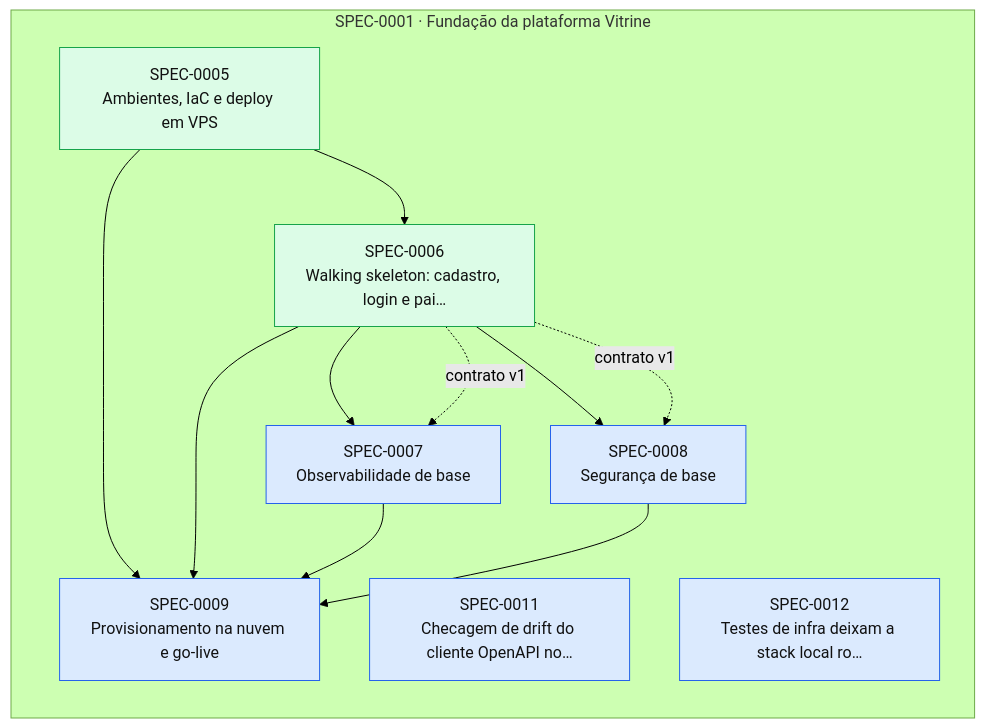
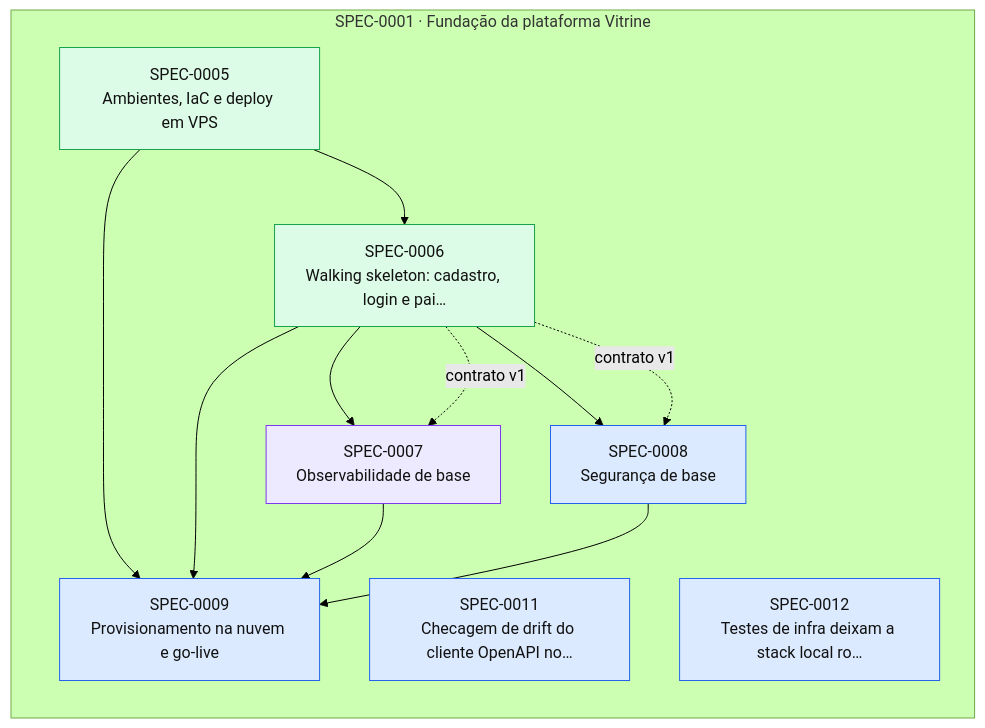
The diagram in docs/specs/INDEX.md (thomasravache/vitrine), drawn with Mermaid (forest theme) before and after one commit. The commit also changed other lines of this file and 2 other files, not shown here.

First line of the commit message:
docs(specs): emenda v1.1 da SPEC-0007 alinha escopo e versões; ADR-0009 com bibliotecas

````diff
--- a/docs/specs/INDEX.md
+++ b/docs/specs/INDEX.md
@@ -60,26 +60,26 @@
 ```mermaid
 flowchart LR
   subgraph E0001["SPEC-0001 · Fundação da plataforma Vitrine"]
     S0005["SPEC-0005<br/>Ambientes, IaC e deploy em VPS"]:::implemented
     S0006["SPEC-0006<br/>Walking skeleton: cadastro, login e pai…"]:::implemented
-    S0007["SPEC-0007<br/>Observabilidade de base"]:::approved
+    S0007["SPEC-0007<br/>Observabilidade de base"]:::inprogress
     S0008["SPEC-0008<br/>Segurança de base"]:::approved
     S0009["SPEC-0009<br/>Provisionamento na nuvem e go-live"]:::approved
     S0011["SPEC-0011<br/>Checagem de drift do cliente OpenAPI no…"]:::approved
     S0012["SPEC-0012<br/>Testes de infra deixam a stack local ro…"]:::approved
   end
   S0005 --> S0006
   S0006 --> S0007
   S0006 -. contrato v1 .-> S0007
   S0006 --> S0008
   S0006 -. contrato v1 .-> S0008
   S0005 --> S0009
   S0006 --> S0009
   S0007 --> S0009
   S0008 --> S0009
   classDef proposed fill:#fef3c7,stroke:#d97706,color:#111
   classDef approved fill:#dbeafe,stroke:#2563eb,color:#111
   classDef inprogress fill:#ede9fe,stroke:#7c3aed,color:#111
   classDef implemented fill:#dcfce7,stroke:#16a34a,color:#111
   classDef deprecated fill:#f3f4f6,stroke:#9ca3af,color:#6b7280
 ```
````
